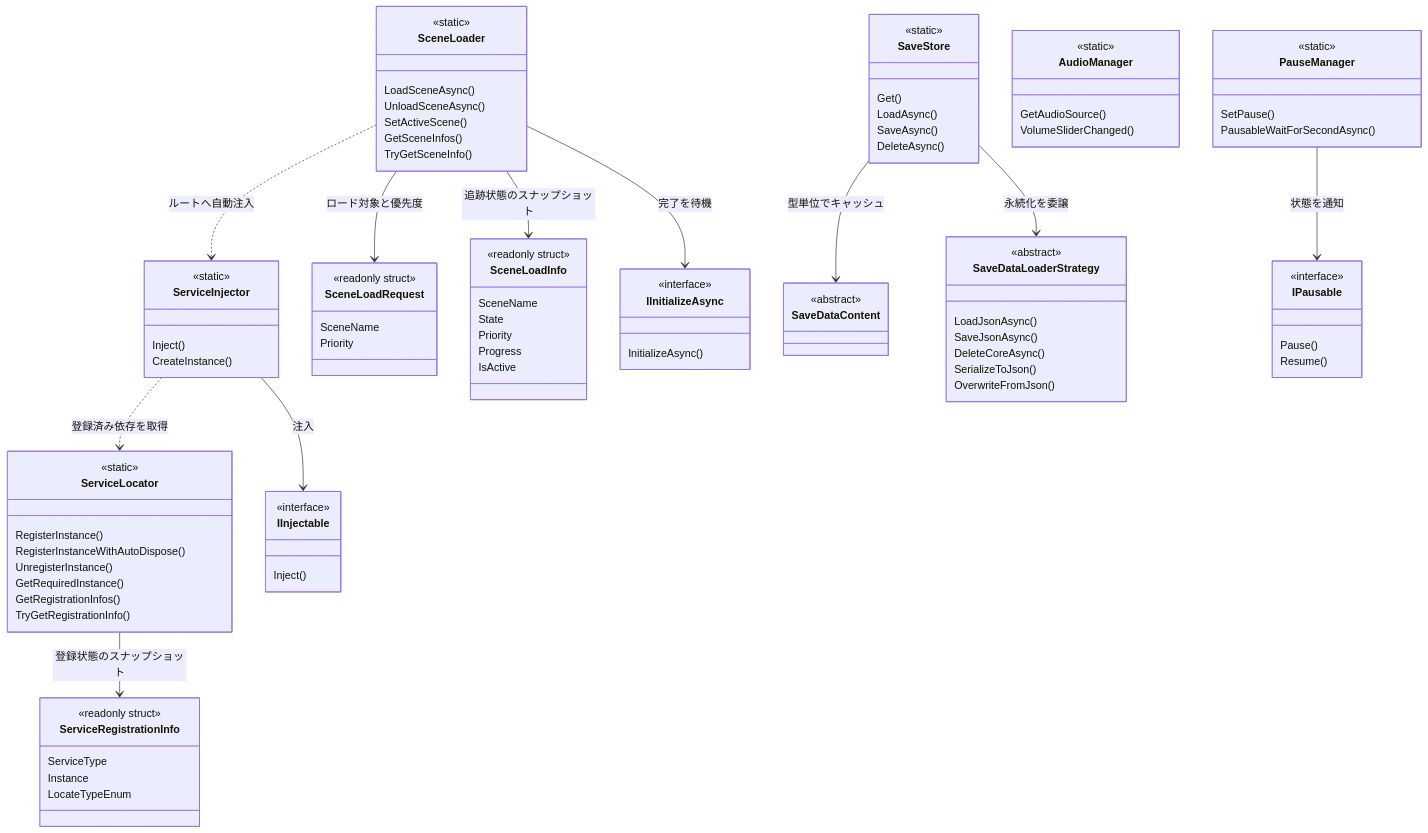
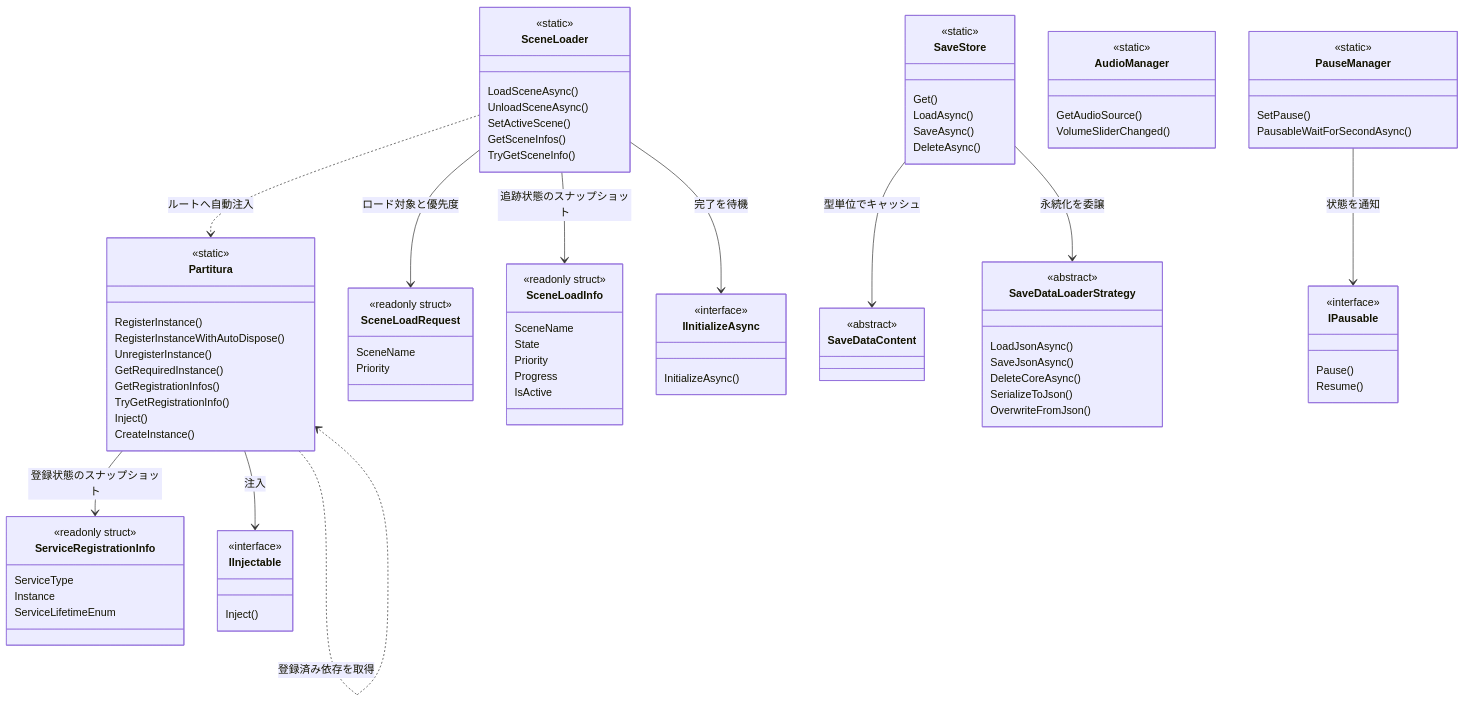
Before and after one commit to HIBIKI5201/SymphonyWorkspace: the third of 9 diagrams in Documentation/ModuleInternals.md, drawn with Mermaid. The commit also changed other lines of this file and 10 other files, not shown here.

````diff
--- a/Documentation/ModuleInternals.md
+++ b/Documentation/ModuleInternals.md
@@ -57,6 +57,6 @@
 ```mermaid
 classDiagram
-    class ServiceLocator {
+    class Partitura {
         <<static>>
         RegisterInstance()
         RegisterInstanceWithAutoDispose()
@@ -69,9 +69,9 @@
         <<readonly struct>>
         ServiceType
         Instance
-        LocateTypeEnum
+        ServiceLifetimeEnum
     }
-    class ServiceInjector {
+    class Partitura {
         <<static>>
         Inject()
         CreateInstance()
@@ -139,12 +139,12 @@
         Resume()
     }
 
-    ServiceInjector ..> ServiceLocator : 登録済み依存を取得
-    ServiceLocator --> ServiceRegistrationInfo : 登録状態のスナップショット
-    ServiceInjector --> IInjectable : 注入
+    Partitura ..> Partitura : 登録済み依存を取得
+    Partitura --> ServiceRegistrationInfo : 登録状態のスナップショット
+    Partitura --> IInjectable : 注入
     SceneLoader --> SceneLoadRequest : ロード対象と優先度
     SceneLoader --> SceneLoadInfo : 追跡状態のスナップショット
-    SceneLoader ..> ServiceInjector : ルートへ自動注入
+    SceneLoader ..> Partitura : ルートへ自動注入
     SceneLoader --> IInitializeAsync : 完了を待機
     SaveStore --> SaveDataContent : 型単位でキャッシュ
     SaveStore --> SaveDataLoaderStrategy : 永続化を委譲
````
